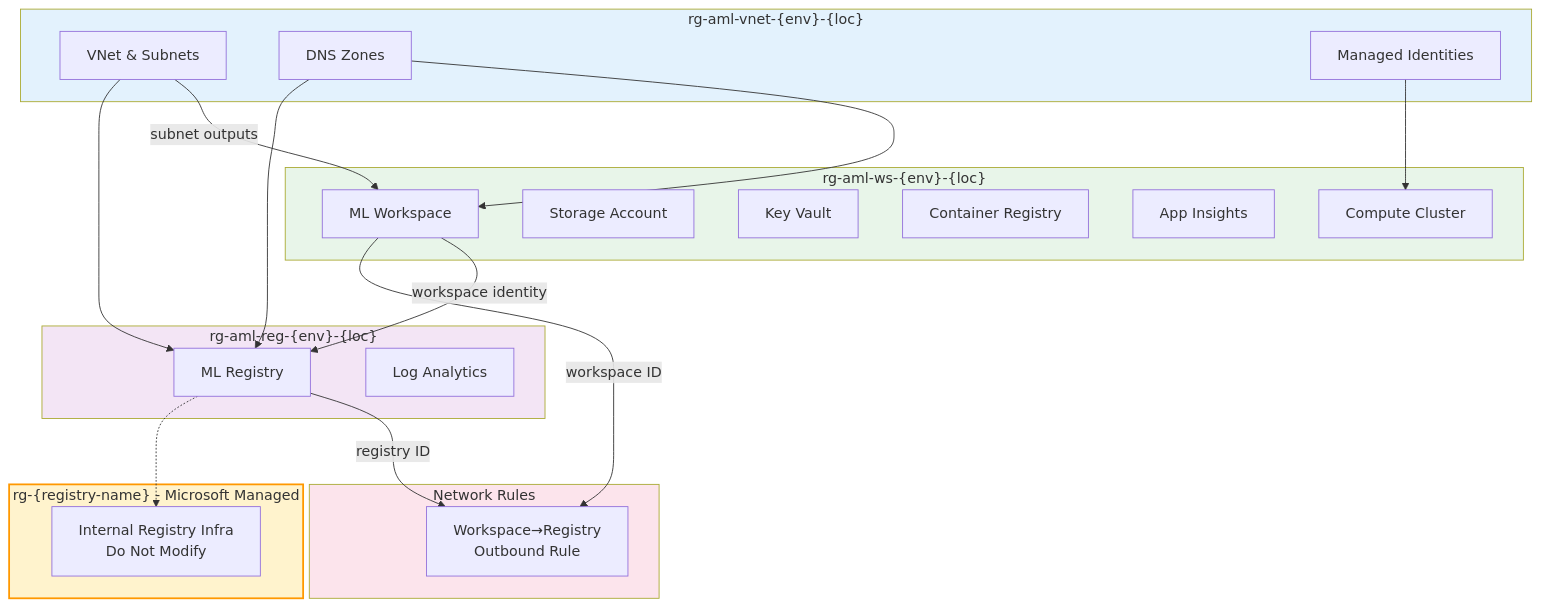
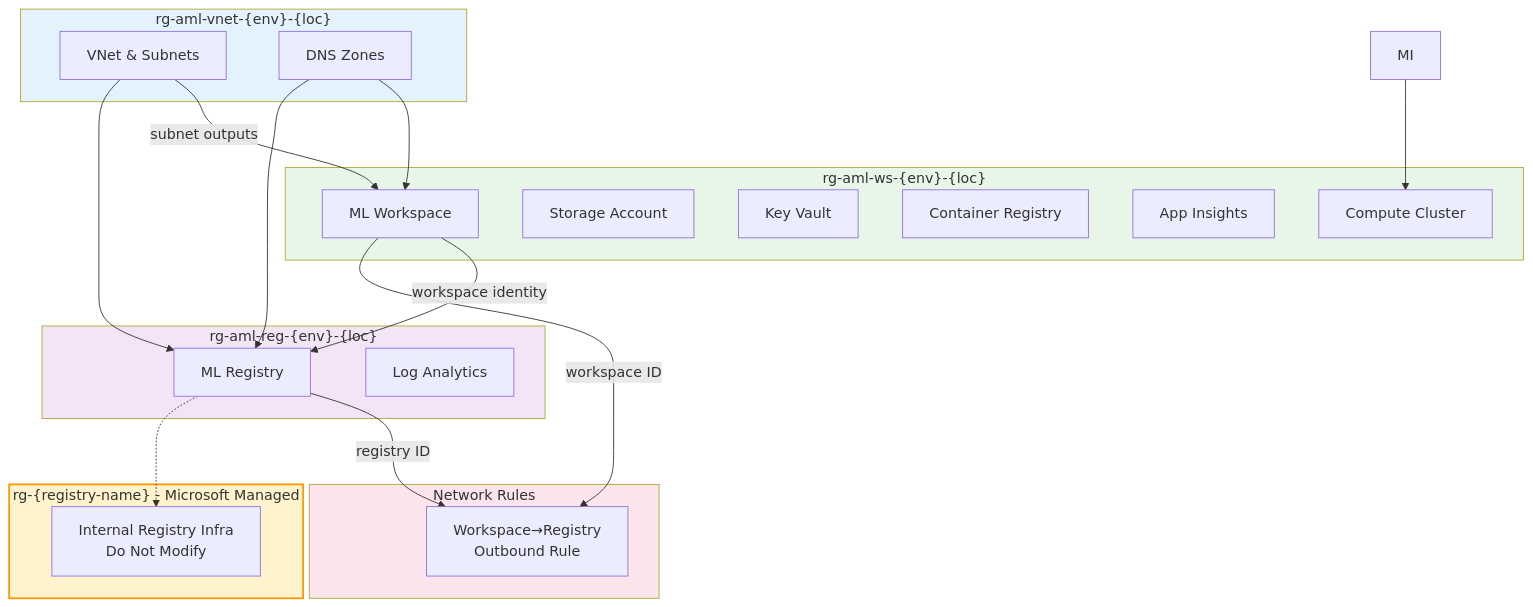
Before and after one commit to jomedinagomez/MLOPs-AzureML: the diagram in infra/README.md, drawn with Mermaid. The commit also changed other lines of this file and 13 other files, not shown here.

````diff
--- a/infra/README.md
+++ b/infra/README.md
@@ -110,42 +110,41 @@
 ```mermaid
 flowchart TD
     subgraph RG1["rg-aml-vnet-{env}-{loc}"]
         VNET[VNet & Subnets]
         DNS[DNS Zones]
-        MI[Managed Identities]
     end
     subgraph RG2["rg-aml-ws-{env}-{loc}"]
         WS[ML Workspace]
         SA[Storage Account]
         KV[Key Vault]
         CR[Container Registry]
         AI[App Insights]
         CC[Compute Cluster]
     end
     subgraph RG3["rg-aml-reg-{env}-{loc}"]
         REG[ML Registry]
         LA[Log Analytics]
     end
     subgraph RG4["rg-{registry-name} - Microsoft Managed"]
         MSREG["Internal Registry Infra<br>Do Not Modify"]
     end
     subgraph NR["Network Rules"]
         OBR["Workspace→Registry<br>Outbound Rule"]
     end
 
     VNET -->|subnet outputs| WS
     DNS --> WS
     MI --> CC
     VNET --> REG
     DNS --> REG
     WS -->|workspace identity| REG
     WS -->|workspace ID| OBR
     REG -->|registry ID| OBR
     REG -.-> MSREG
 
     style RG4 fill:#fff3cd,stroke:#ff9800,stroke-width:2px
     style RG1 fill:#e3f2fd
     style RG2 fill:#e8f5e9
     style RG3 fill:#f3e5f5
     style NR fill:#fce4ec
 ```
````
